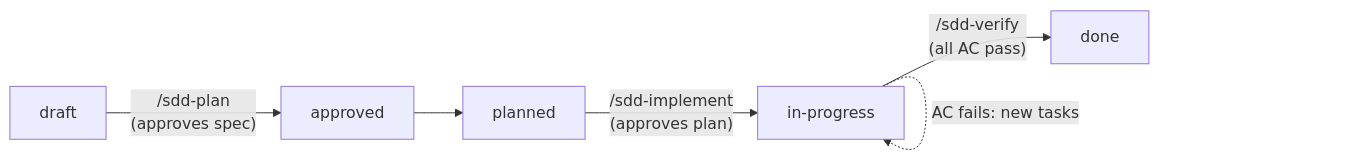
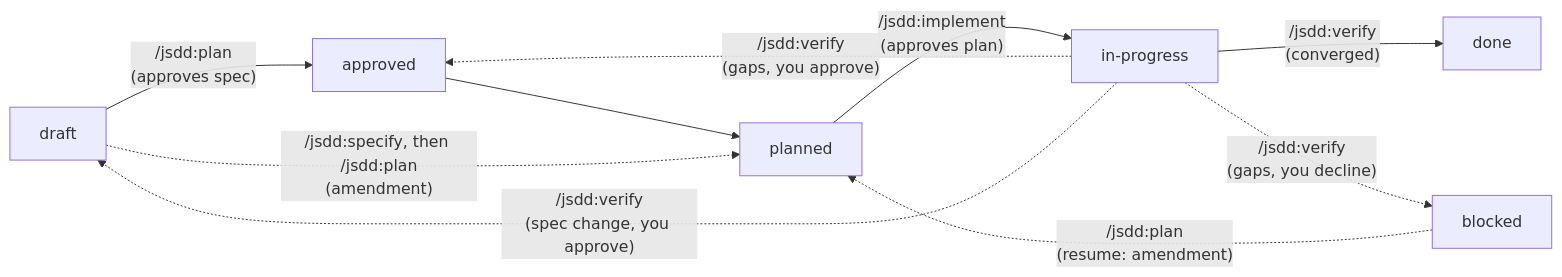
Before and after one commit to JoDi-27/sample-crm: the second of 4 diagrams in specs/README.md, drawn with Mermaid. The commit also changed other lines of this file and 23 other files, not shown here.

````diff
--- a/specs/README.md
+++ b/specs/README.md
@@ -23,7 +45,11 @@
 ```mermaid
 flowchart LR
-  draft -->|"/sdd-plan<br/>(approves spec)"| approved --> planned
-  planned -->|"/sdd-implement<br/>(approves plan)"| inprogress[in-progress]
-  inprogress -->|"/sdd-verify<br/>(all AC pass)"| done
-  inprogress -.->|AC fails: new tasks| inprogress
+  draft -->|"/jsdd:plan<br/>(approves spec)"| approved --> planned
+  planned -->|"/jsdd:implement<br/>(approves plan)"| inprogress[in-progress]
+  inprogress -->|"/jsdd:verify<br/>(converged)"| done
+  inprogress -.->|"/jsdd:verify<br/>(gaps, you approve)"| approved
+  inprogress -.->|"/jsdd:verify<br/>(gaps, you decline)"| blocked
+  inprogress -.->|"/jsdd:verify<br/>(spec change, you approve)"| draft
+  draft -.->|"/jsdd:specify, then /jsdd:plan<br/>(amendment)"| planned
+  blocked -.->|"/jsdd:plan<br/>(resume: amendment)"| planned
 ```
````
